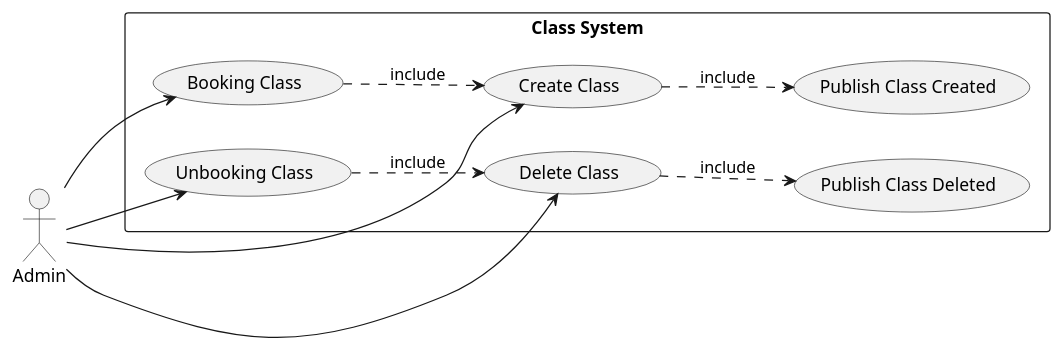
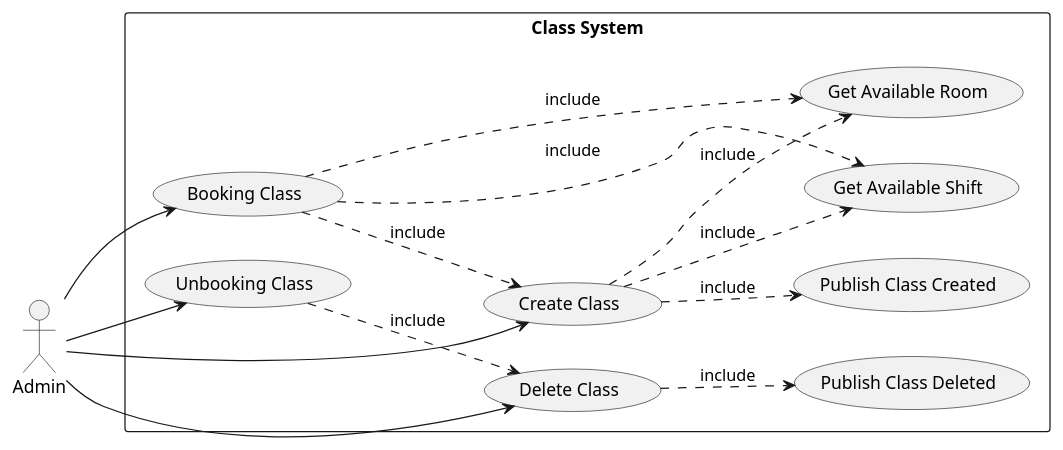
Before and after one commit to fwidjaya20/fazzlearning-uml: the diagram in UseCase/Release02/ClassSubSystem.wsd, drawn with PlantUML.

Commit message:
usecase: adding get room and shift available

```diff
--- a/UseCase/Release02/ClassSubSystem.wsd
+++ b/UseCase/Release02/ClassSubSystem.wsd
@@ -1,24 +1,29 @@
 @startuml ClassSubSystem
 
 left to right direction
 
 skinparam Monochrome true
 skinparam Shadowing false
 skinparam packageStyle rectangle
 
 actor Admin
 
 rectangle "Class System" {
     Admin --> (Create Class)
     Admin --> (Delete Class)
     Admin --> (Booking Class)
     Admin --> (Unbooking Class)
 
     (Create Class) ..> (Publish Class Created) : include
     (Delete Class) ..> (Publish Class Deleted) : include
 
     (Booking Class) ..> (Create Class) : include
     (Unbooking Class) ..> (Delete Class) : include
+
+    (Create Class) ..> (Get Available Shift) : include
+    (Create Class) ..> (Get Available Room) : include
+    (Booking Class) ..> (Get Available Shift) : include
+    (Booking Class) ..> (Get Available Room) : include
 }
 
 @enduml
```
